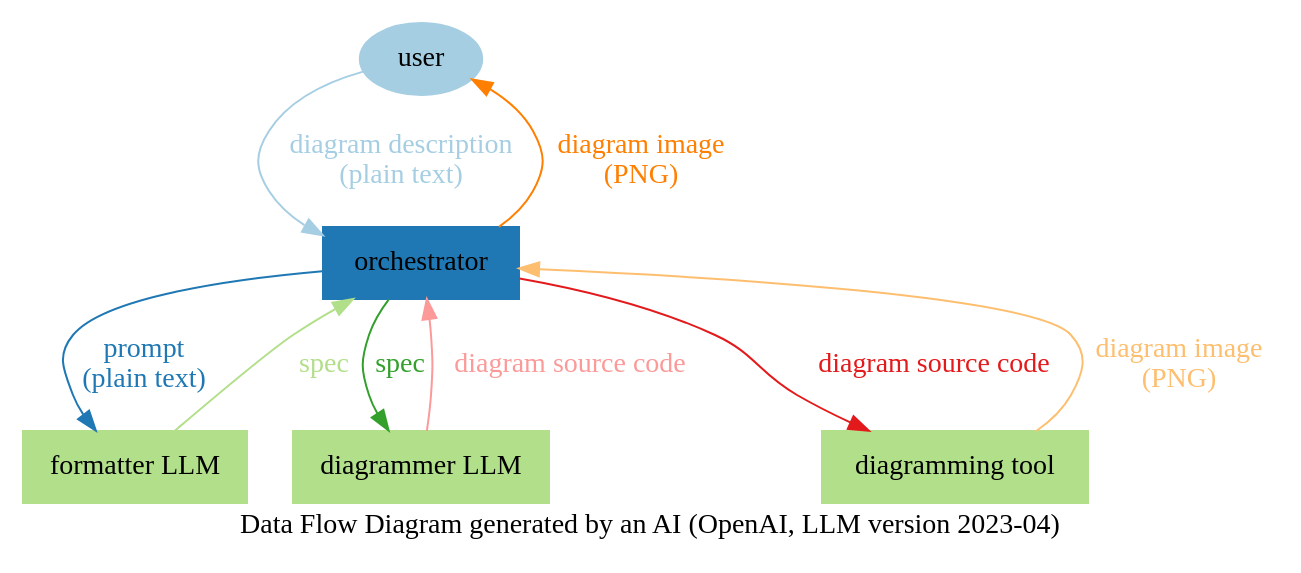
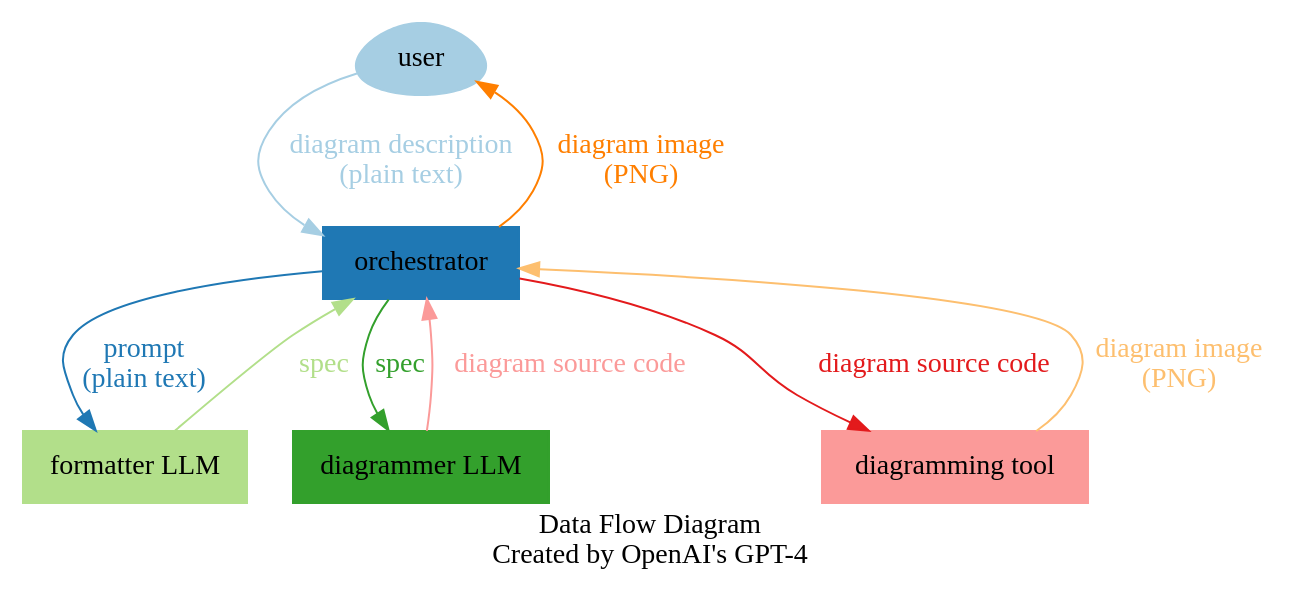
One commit to christianromney/diagrammer changed the diagram in diagram.dot. Above: the diagram before and after it, drawn with Graphviz. The commit also changed 3 other files, not shown here.

```diff
--- a/diagram.dot
+++ b/diagram.dot
@@ -1,20 +1,20 @@
-digraph G {
-    graph [bgcolor=white, label="Data Flow Diagram generated by an AI (OpenAI, LLM version 2023-04)", fontname="Roboto Mono"];
+digraph DataFlow {
+    graph [bgcolor=white, label="Data Flow Diagram\nCreated by OpenAI's GPT-4", fontname="Roboto Mono"];
     node [style=filled, colorscheme=paired12, fontname="Roboto Mono"];
     edge [colorscheme=paired12, fontname="Roboto Mono"];
 
-    user [shape=oval, color=1, label="user"];
+    user [shape=egg, color=1, label="user"];
     orchestrator [shape=box, color=2, label="orchestrator"];
     formatterLLM [shape=box, color=3, label="formatter LLM"];
-    diagrammerLLM [shape=box, color=3, label="diagrammer LLM"];
-    diagrammingTool [shape=box, color=3, label="diagramming tool"];
+    diagrammerLLM [shape=box, color=4, label="diagrammer LLM"];
+    diagrammingTool [shape=box, color=5, label="diagramming tool"];
 
     user -> orchestrator [label="diagram description\n(plain text)", color=1, fontcolor=1];
     orchestrator -> formatterLLM [label="prompt\n(plain text)", color=2, fontcolor=2];
     formatterLLM -> orchestrator [label="spec", color=3, fontcolor=3];
     orchestrator -> diagrammerLLM [label="spec", color=4, fontcolor=4];
     diagrammerLLM -> orchestrator [label="diagram source code", color=5, fontcolor=5];
     orchestrator -> diagrammingTool [label="diagram source code", color=6, fontcolor=6];
     diagrammingTool -> orchestrator [label="diagram image\n(PNG)", color=7, fontcolor=7];
     orchestrator -> user [label="diagram image\n(PNG)", color=8, fontcolor=8];
 }
```
